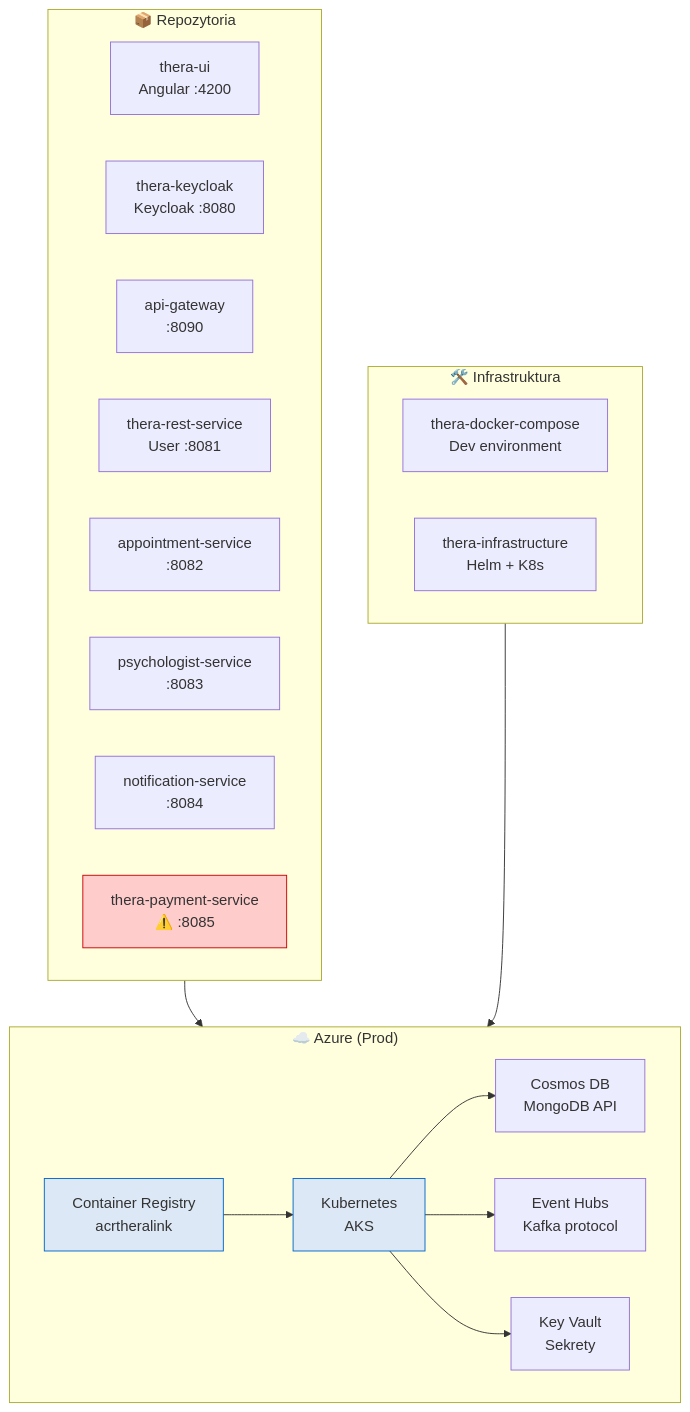
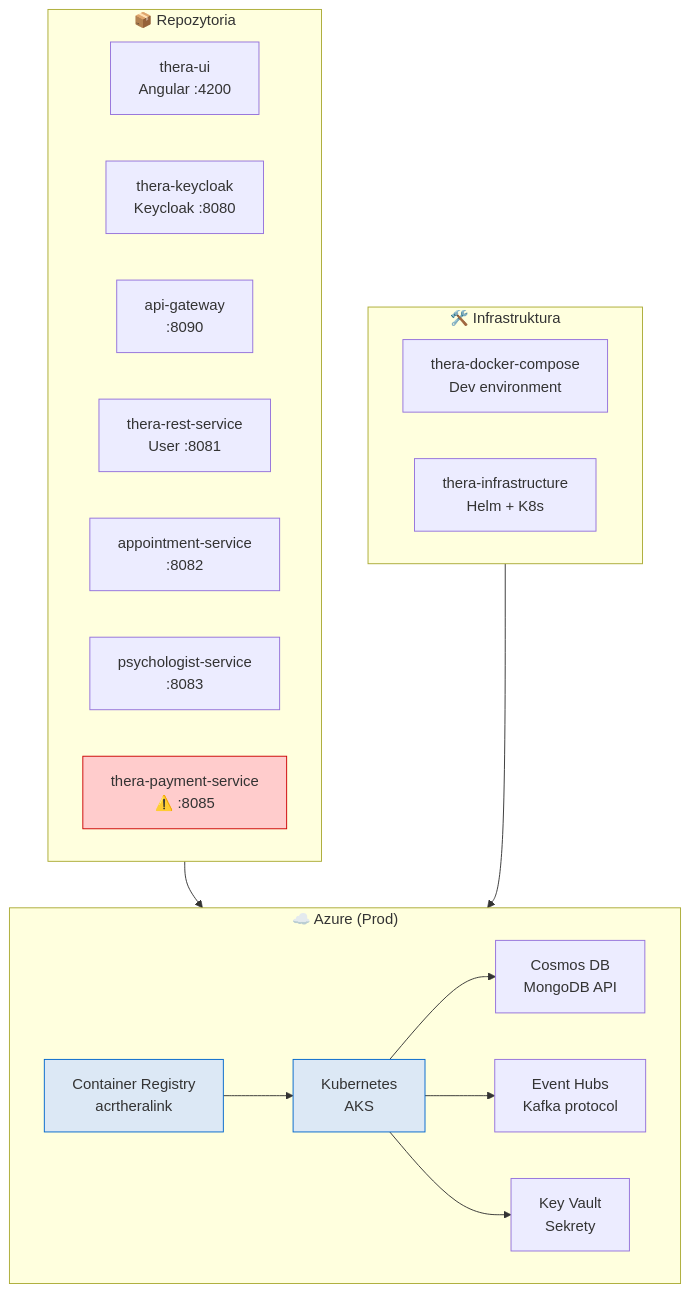
Before and after one commit to TheraLink1/thera-depr: the fifth of 5 diagrams in docs/architecture-diagram.md, drawn with Mermaid. The commit also changed other lines of this file and 17 other files, not shown here.

````diff
--- a/docs/architecture-diagram.md
+++ b/docs/architecture-diagram.md
@@ -214,38 +168,37 @@
 ```mermaid
 graph TB
     subgraph REPOS["📦 Repozytoria"]
         direction LR
         R1["thera-ui\nAngular :4200"]
         R2["thera-keycloak\nKeycloak :8080"]
         R3["api-gateway\n:8090"]
         R4["thera-rest-service\nUser :8081"]
         R5["appointment-service\n:8082"]
         R6["psychologist-service\n:8083"]
-        R7["notification-service\n:8084"]
         R8["thera-payment-service\n⚠️ :8085"]
     end
 
     subgraph INFRA_REPOS["🛠️ Infrastruktura"]
         direction LR
         I1["thera-docker-compose\nDev environment"]
         I2["thera-infrastructure\nHelm + K8s"]
     end
 
     subgraph AZURE["☁️ Azure (Prod)"]
         direction LR
         ACR["Container Registry\nacrtheralink"]
         AKS["Kubernetes\nAKS"]
         COSMOS["Cosmos DB\nMongoDB API"]
         EVH["Event Hubs\nKafka protocol"]
         KV["Key Vault\nSekrety"]
     end
 
     REPOS --> ACR
     I2 --> AKS
     ACR --> AKS
     AKS --> COSMOS & EVH & KV
 
     style R8 fill:#ffcccc,stroke:#cc0000
     style AKS fill:#dce8f5,stroke:#0066cc
     style ACR fill:#dce8f5,stroke:#0066cc
 ```
````
